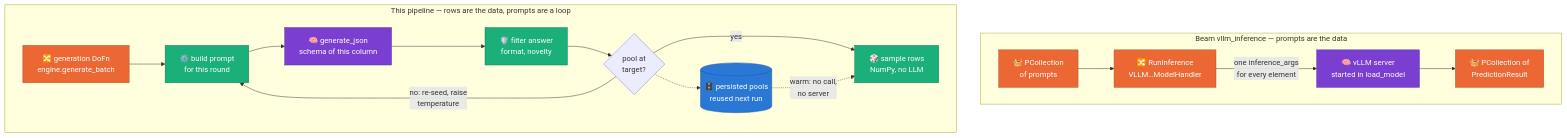
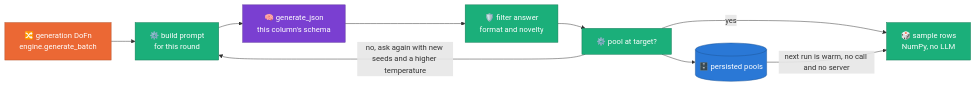
Before and after one commit to albertols/synthetic-llm-dataflow-bigquery: the fifth of 7 diagrams in docs/DESIGN.md, drawn with Mermaid. The commit also changed other lines of this file and 1 other file, not shown here.

Commit message:
docs(serving): two plain flowcharts; the subgraph version did not render on GitHub
The two-shapes diagram parsed on mermaid 10.9 and 11.17 but GitHub answered
"Unable to render rich display": a layout failure, not a syntax error. The
suspect is the back edge of the pool loop inside a subgraph that sets its
own direction. Each shape is now its own flowchart, using only constructs
that already render in this repository's README, with its claim as the
caption.

Claude-Session: https://claude.ai/code/session_01ACfnRk6DtBQaZMGi6PzPFR

````diff
--- a/docs/DESIGN.md
+++ b/docs/DESIGN.md
@@ -152,32 +172,23 @@
 ```mermaid
-flowchart TB
+flowchart LR
   classDef beam  fill:#eb6834,color:#fff,stroke:#b44f26
   classDef cpu   fill:#1baf7a,color:#fff,stroke:#127a55
   classDef gpu   fill:#7a3fd1,color:#fff,stroke:#5a2f9d
   classDef store fill:#2a78d6,color:#fff,stroke:#1d5599
 
-  subgraph A["Beam vllm_inference — prompts are the data"]
-    direction LR
-    A1["🧺 PCollection<br/>of prompts"]:::beam
-    A2["🔀 RunInference<br/>VLLM…ModelHandler"]:::beam
-    A3["🧠 vLLM server<br/>started in load_model"]:::gpu
-    A4["🧺 PCollection of<br/>PredictionResult"]:::beam
-    A1 --> A2 -->|"one inference_args<br/>for every element"| A3 --> A4
-  end
-
-  subgraph B["This pipeline — rows are the data, prompts are a loop"]
-    direction LR
-    B1["🔀 generation DoFn<br/>engine.generate_batch"]:::beam
-    B2["⚙️ build prompt<br/>for this round"]:::cpu
-    B3["🧠 generate_json<br/>schema of this column"]:::gpu
-    B4["🛡️ filter answer<br/>format, novelty"]:::cpu
-    B5{"pool at<br/>target?"}
-    B6["🎲 sample rows<br/>NumPy, no LLM"]:::cpu
-    B7[("🗄️ persisted pools<br/>reused next run")]:::store
-    B1 --> B2 --> B3 --> B4 --> B5
-    B5 -->|"no: re-seed, raise<br/>temperature"| B2
-    B5 -->|yes| B6
-    B5 -.-> B7
-    B7 -.->|"warm: no call,<br/>no server"| B6
-  end
+  B1["🔀 generation DoFn<br/>engine.generate_batch"]:::beam
+  B2["⚙️ build prompt<br/>for this round"]:::cpu
+  B3["🧠 generate_json<br/>this column's schema"]:::gpu
+  B4["🛡️ filter answer<br/>format and novelty"]:::cpu
+  B5["⚙️ pool at target?"]:::cpu
+  B6["🎲 sample rows<br/>NumPy, no LLM"]:::cpu
+  B7[("🗄️ persisted pools")]:::store
+  B1 --> B2
+  B2 --> B3
+  B3 --> B4
+  B4 --> B5
+  B5 -->|"no, ask again with new seeds and a higher temperature"| B2
+  B5 -->|"yes"| B6
+  B5 --> B7
+  B7 -->|"next run is warm, no call and no server"| B6
 ```
````
